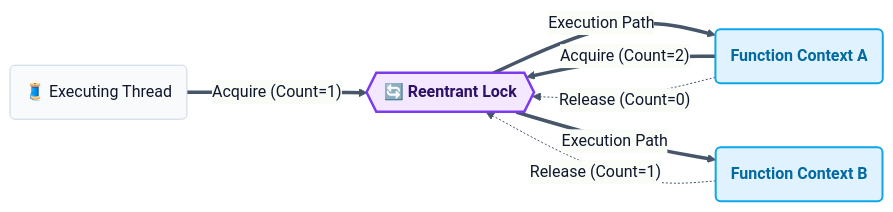
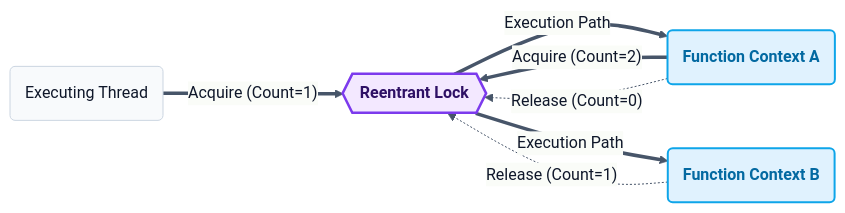
Before and after one commit to RameenAnwar/PDC-SP26-SE: the fourth of 9 diagrams in SyedMuhammadHuzaifaAshrafi-(23FA-035-SE)/Chapter02/README.md, drawn with Mermaid. The commit also changed other lines of this file and 5 other files, not shown here.

````diff
--- a/SyedMuhammadHuzaifaAshrafi-(23FA-035-SE)/Chapter02/README.md
+++ b/SyedMuhammadHuzaifaAshrafi-(23FA-035-SE)/Chapter02/README.md
@@ -164,22 +164,22 @@
 ```mermaid
 %%{init: {'theme': 'base', 'themeVariables': { 'lineColor': '#475569', 'primaryColor': '#f8fafc', 'primaryTextColor': '#0f172a', 'primaryBorderColor': '#cbd5e1' }}}%%
 flowchart LR
     %% Premium RLock Reentrancy Flow
     classDef rlock fill:#f3e8ff,stroke:#7c3aed,stroke-width:2.5px,color:#2e1065,font-weight:bold
     classDef func fill:#e0f2fe,stroke:#0ea5e9,stroke-width:2px,color:#0369a1,font-weight:bold
 
-    T("🧵 Executing Thread")
-    R{{"🔄 Reentrant Lock"}}
+    T("Executing Thread")
+    R{{"Reentrant Lock"}}
     F1("Function Context A")
     F2("Function Context B")
 
     T == "Acquire (Count=1)" ==> R
     R == "Execution Path" ==> F1
     F1 == "Acquire (Count=2)" ==> R
     R == "Execution Path" ==> F2
     F2 -. "Release (Count=1)" .-> R
     F1 -. "Release (Count=0)" .-> R
 
     class R rlock
     class F1,F2 func
 ```
````
